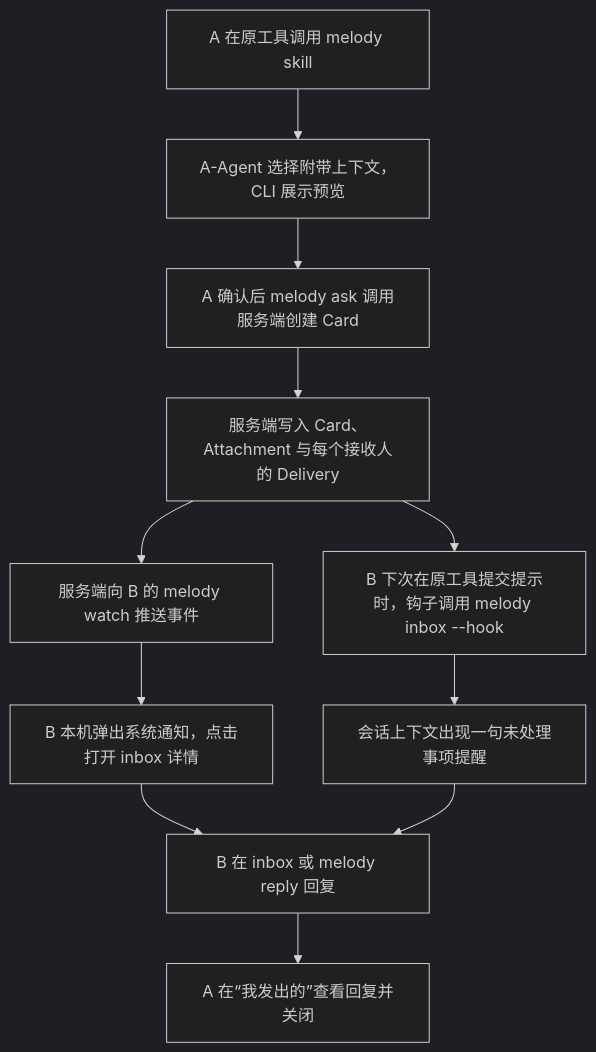
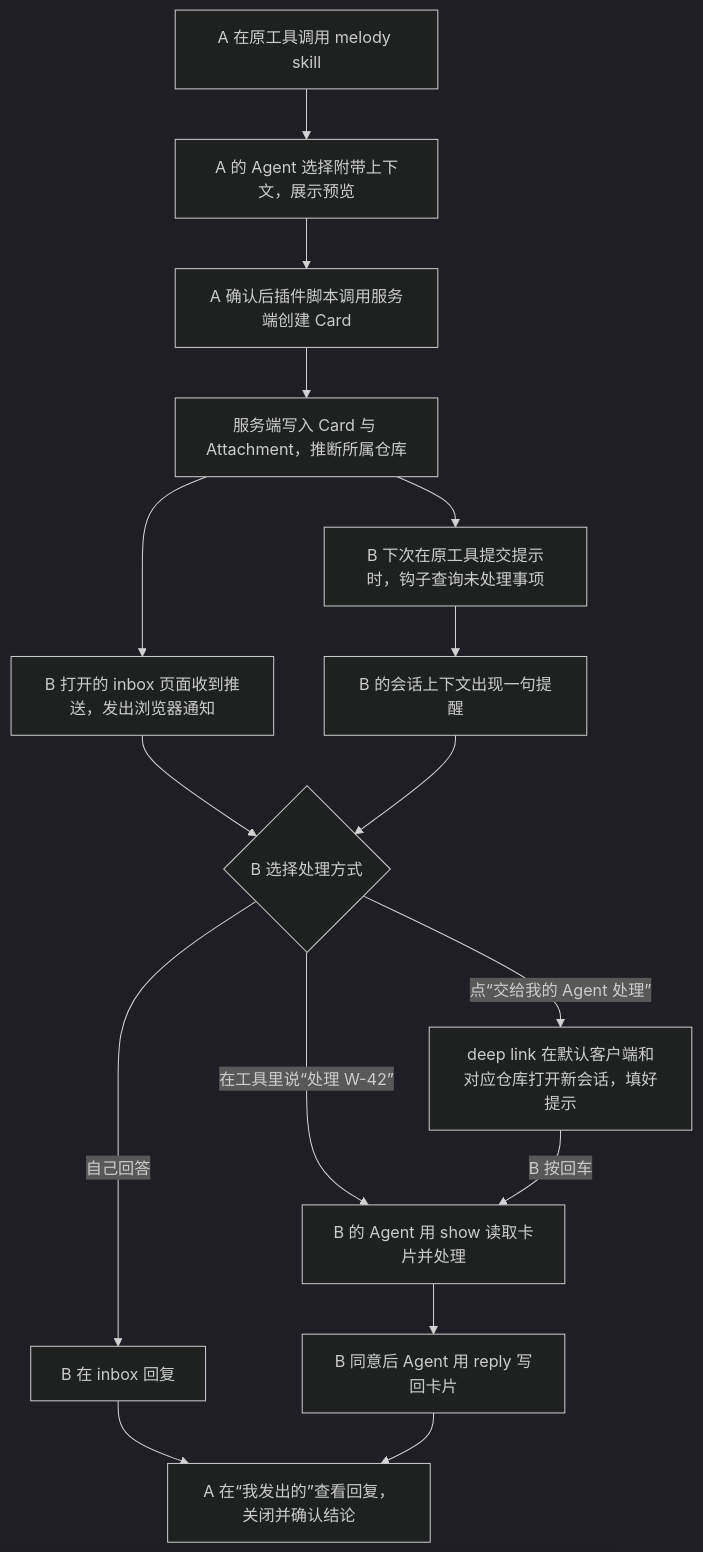
The first of 2 diagrams in docs/architecture.md (jingsong-kiki/melody), drawn with Mermaid (dark theme) before and after one commit. The commit also changed other lines of this file and 6 other files, not shown here.

````diff
--- a/docs/architecture.md
+++ b/docs/architecture.md
@@ -56,13 +70,18 @@
 ```mermaid
 flowchart TD
-    ASK["A 在原工具调用 melody skill"] --> PACK["A-Agent 选择附带上下文，CLI 展示预览"]
-    PACK --> CREATE["A 确认后 melody ask 调用服务端创建 Card"]
-    CREATE --> STORE["服务端写入 Card、Attachment 与每个接收人的 Delivery"]
-    STORE --> PUSH["服务端向 B 的 melody watch 推送事件"]
-    PUSH --> NOTIFY["B 本机弹出系统通知，点击打开 inbox 详情"]
-    STORE --> HOOK["B 下次在原工具提交提示时，钩子调用 melody inbox --hook"]
-    HOOK --> CTX["会话上下文出现一句未处理事项提醒"]
-    NOTIFY --> REPLY["B 在 inbox 或 melody reply 回复"]
-    CTX --> REPLY
-    REPLY --> CLOSE["A 在“我发出的”查看回复并关闭"]
+    ASK["A 在原工具调用 melody skill"] --> PACK["A 的 Agent 选择附带上下文，展示预览"]
+    PACK --> CREATE["A 确认后插件脚本调用服务端创建 Card"]
+    CREATE --> STORE["服务端写入 Card 与 Attachment，推断所属仓库"]
+    STORE --> WEB["B 打开的 inbox 页面收到推送，发出浏览器通知"]
+    STORE --> HOOK["B 下次在原工具提交提示时，钩子查询未处理事项"]
+    HOOK --> CTX["B 的会话上下文出现一句提醒"]
+    WEB --> CHOICE{"B 选择处理方式"}
+    CTX --> CHOICE
+    CHOICE -->|自己回答| REPLY["B 在 inbox 回复"]
+    CHOICE -->|点“交给我的 Agent 处理”| LINK["deep link 在默认客户端和对应仓库打开新会话，填好提示"]
+    CHOICE -->|在工具里说“处理 W-42”| AGENT
+    LINK -->|B 按回车| AGENT["B 的 Agent 用 show 读取卡片并处理"]
+    AGENT --> WRITE["B 同意后 Agent 用 reply 写回卡片"]
+    REPLY --> CLOSE["A 在“我发出的”查看回复，关闭并确认结论"]
+    WRITE --> CLOSE
 ```
````
